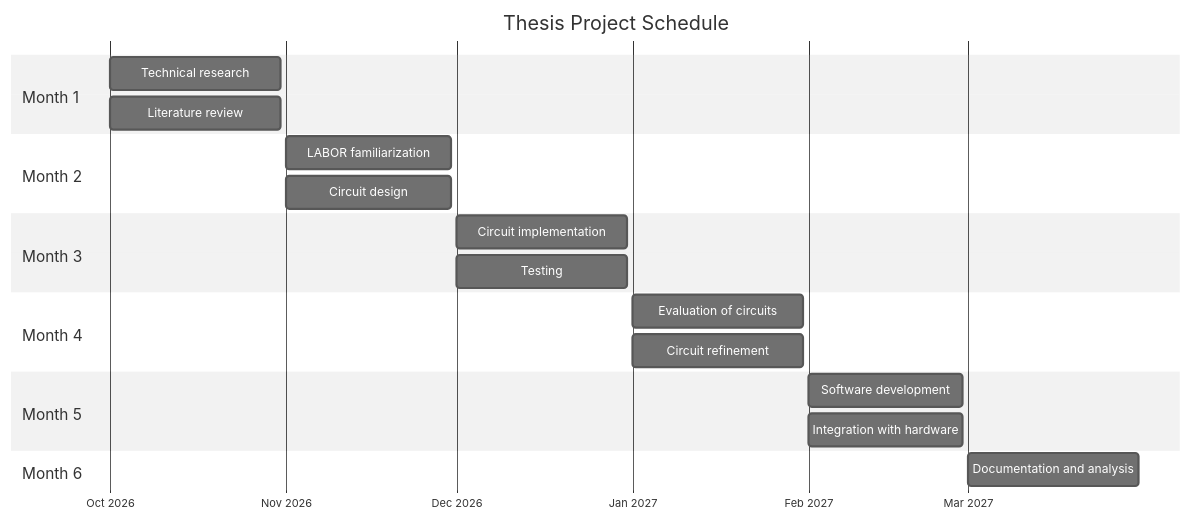
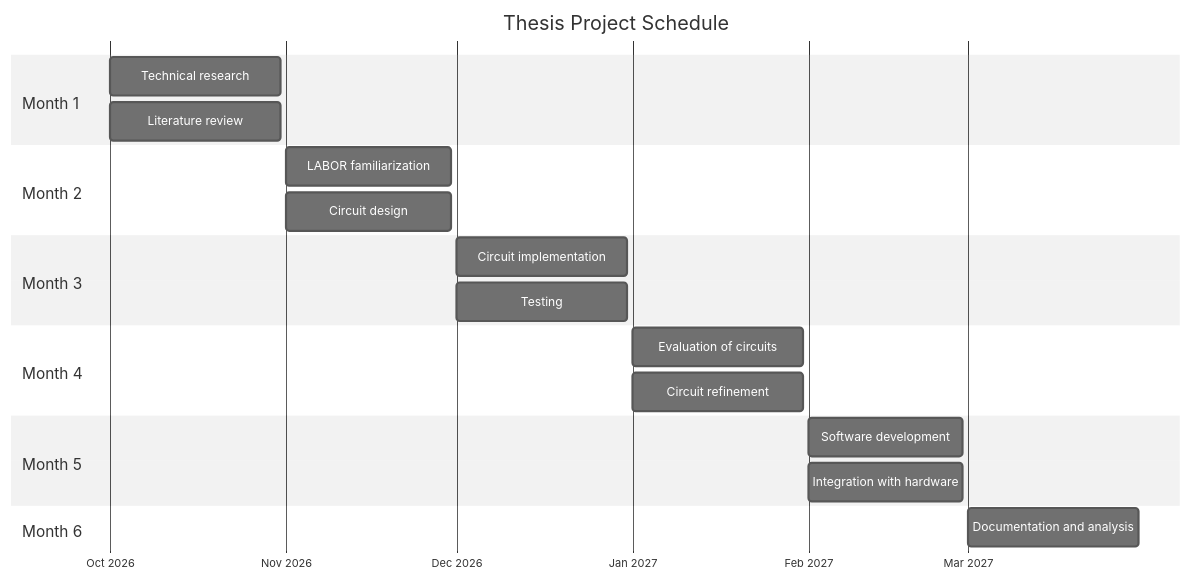
One commit to psai-harshita/MasterarbeitSynthCkts changed the diagram in anu-thesis/chapter1.qmd. Above: the diagram before and after it, drawn with Mermaid (neutral theme).

````diff
--- a/anu-thesis/chapter1.qmd
+++ b/anu-thesis/chapter1.qmd
@@ -123,44 +123,45 @@
 ```{mermaid}
 %%| label: fig-gantt
 %%| fig-cap: "Project timeline of the thesis work"
 %%{init: {
   'gantt': {
-   'useMaxWidth': true,
+   'useMaxWidth': false,
     'fontSize': 11,
     'sectionFontSize': 14,
-    'barHeight': 30,
+    'barHeight': 35,
     'barGap': 6,
-    'leftPadding': 90
+    'leftPadding': 90,
+    'topPadding': 50
   }
 }}%%
 gantt
     title Thesis Project Schedule
     dateFormat  YYYY-MM-DD
     axisFormat  %b %Y
     todayMarker off
 
     section Month 1
     Technical research    :a1, 2026-10-01, 2026-10-31
     Literature review     :a2, 2026-10-01, 2026-10-31
 
     section Month 2
     LABOR familiarization  :b1, 2026-11-01, 2026-11-30
     Circuit design  :b2, 2026-11-01, 2026-11-30
 
     section Month 3
     Circuit implementation  :c1, 2026-12-01, 2026-12-31
     Testing :c2, 2026-12-01, 2026-12-31
 
     section Month 4    
     Evaluation of circuits   :d1, 2027-01-01, 2027-01-31                    
     Circuit refinement     :d2, 2027-01-01, 2027-01-31
     
 
     section Month 5
     Software development   :e1, 2027-02-01, 2027-02-28
     Integration with hardware  :e2, 2027-02-01, 2027-02-28
 
     section Month 6
     Documentation and analysis   :f1, 2027-03-01, 2027-03-31
 
 ```
````
